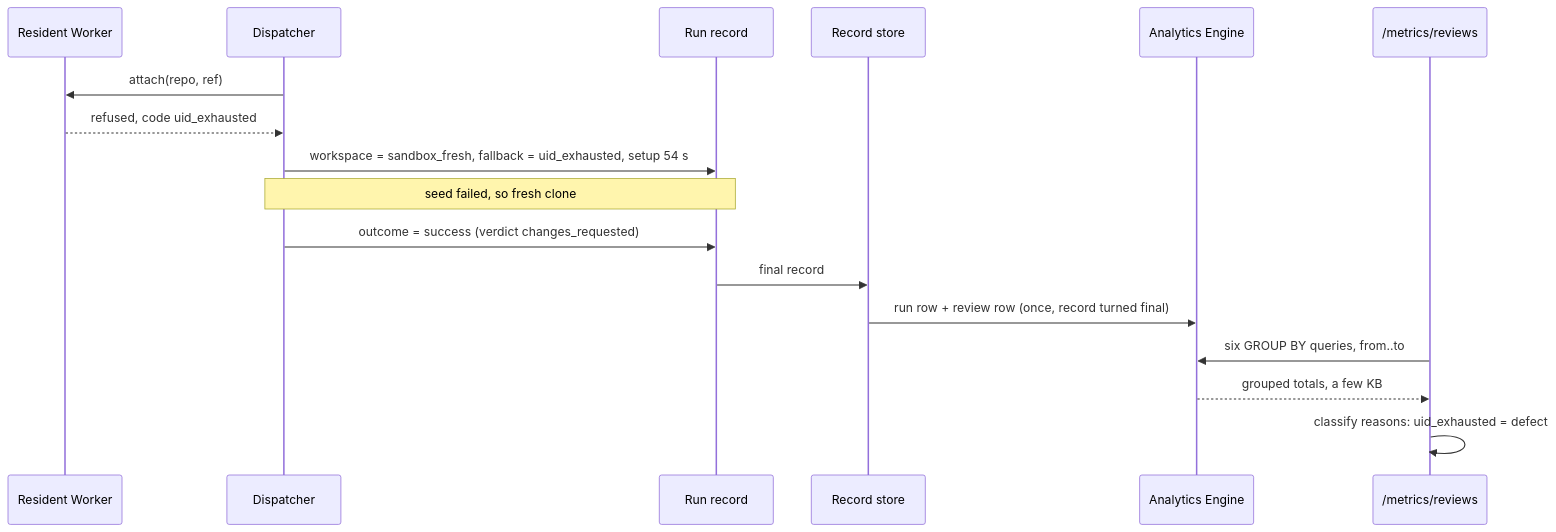
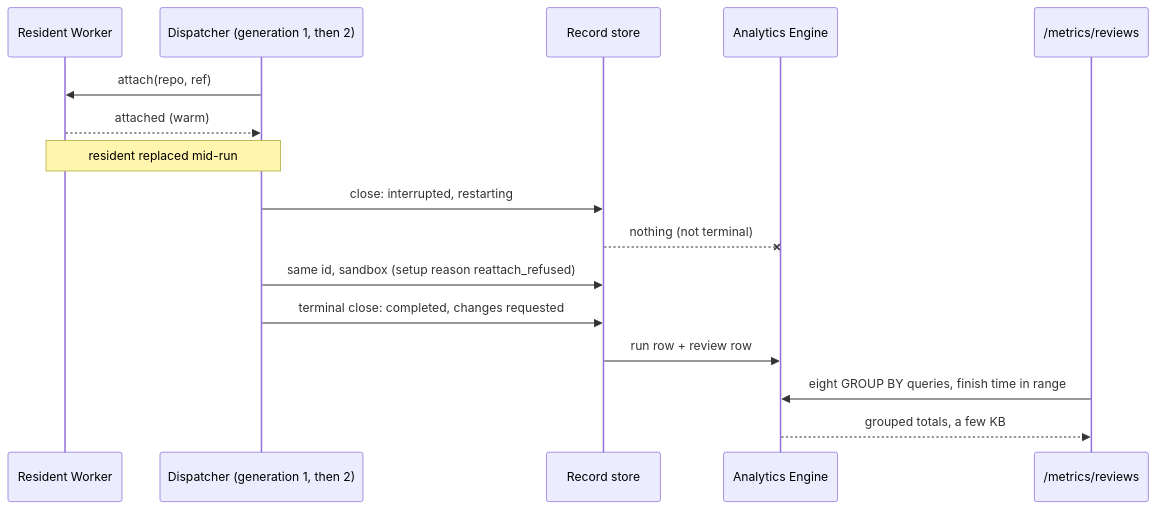
The diagram in docs/decisions/0097-every-run-row-carries-its-outcome-and-workspace-and-the-review-dashboard-is-six-queries-over-them.md (coreplanelabs/switchboard), drawn with Mermaid before and after one commit. The commit also changed other lines of this file and 2 other files, not shown here.

First line of the commit message:
docs(docs): correct record 0097 after its correctness review

````diff
--- a/docs/decisions/0097-every-run-row-carries-its-outcome-and-workspace-and-the-review-dashboard-is-six-queries-over-them.md
+++ b/docs/decisions/0097-every-run-row-carries-its-outcome-and-workspace-and-the-review-dashboard-is-six-queries-over-them.md
@@ -35,19 +38,18 @@
 ```mermaid
 sequenceDiagram
   participant R as Resident Worker
-  participant D as Dispatcher
-  participant Rec as Run record
+  participant D as Dispatcher (generation 1, then 2)
   participant S as Record store
   participant AE as Analytics Engine
   participant P as /metrics/reviews
   D->>R: attach(repo, ref)
-  R-->>D: refused, code uid_exhausted
-  D->>Rec: workspace = sandbox_fresh, fallback = uid_exhausted, setup 54 s
-  Note over D,Rec: seed failed, so fresh clone
-  D->>Rec: outcome = success (verdict changes_requested)
-  Rec->>S: final record
-  S->>AE: run row + review row (once, record turned final)
-  P->>AE: six GROUP BY queries, from..to
+  R-->>D: attached (warm)
+  Note over D,R: resident replaced mid-run
+  D->>S: close: interrupted, restarting
+  S--xAE: nothing (not terminal)
+  D->>S: same id, sandbox (setup reason reattach_refused)
+  D->>S: terminal close: completed, changes requested
+  S->>AE: run row + review row
+  P->>AE: eight GROUP BY queries, finish time in range
   AE-->>P: grouped totals, a few KB
-  P->>P: classify reasons: uid_exhausted = defect
 ```
````
